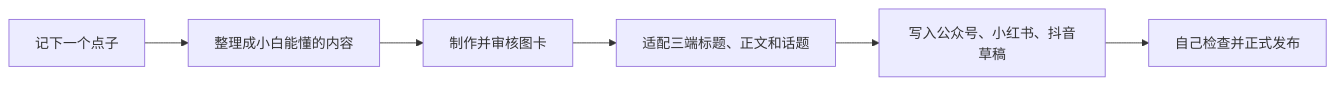
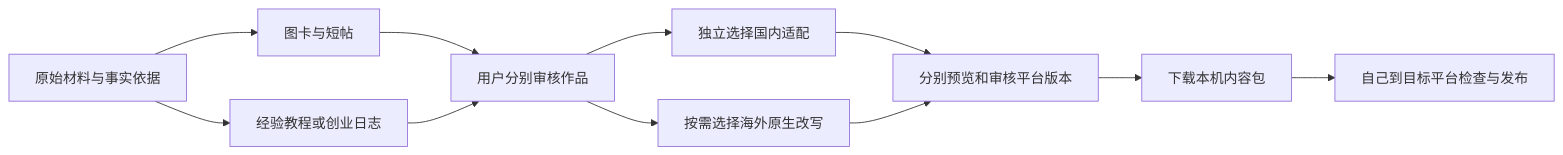
One commit to rosehahah/xiaoxian-content-studio changed the diagram in README.md. Above: the diagram before and after it, drawn with Mermaid. The commit also changed other lines of this file and 56 other files, not shown here.

````diff
--- a/README.md
+++ b/README.md
@@ -25,8 +27,13 @@
 ```mermaid
 flowchart LR
-    A[记下一个点子] --> B[整理成小白能懂的内容]
-    B --> C[制作并审核图卡]
-    C --> D[适配三端标题、正文和话题]
-    D --> E[写入公众号、小红书、抖音草稿]
-    E --> F[自己检查并正式发布]
+    A[原始材料与事实依据] --> B[图卡与短帖]
+    A --> C[经验教程或创业日志]
+    B --> D[用户分别审核作品]
+    C --> D
+    D --> E[独立选择国内适配]
+    D --> F[按需选择海外原生改写]
+    E --> G[分别预览和审核平台版本]
+    F --> G
+    G --> H[下载本机内容包]
+    H --> I[自己到目标平台检查与发布]
 ```
````
